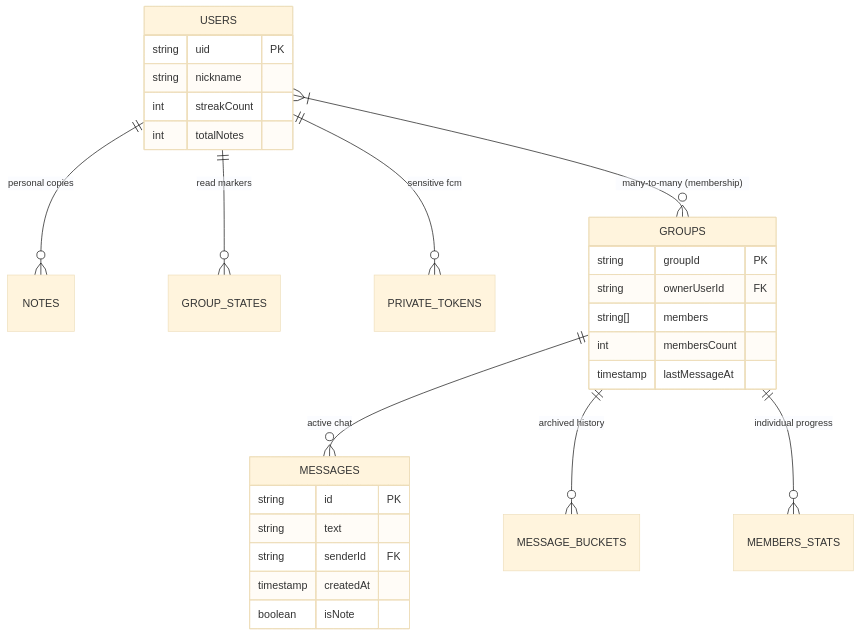
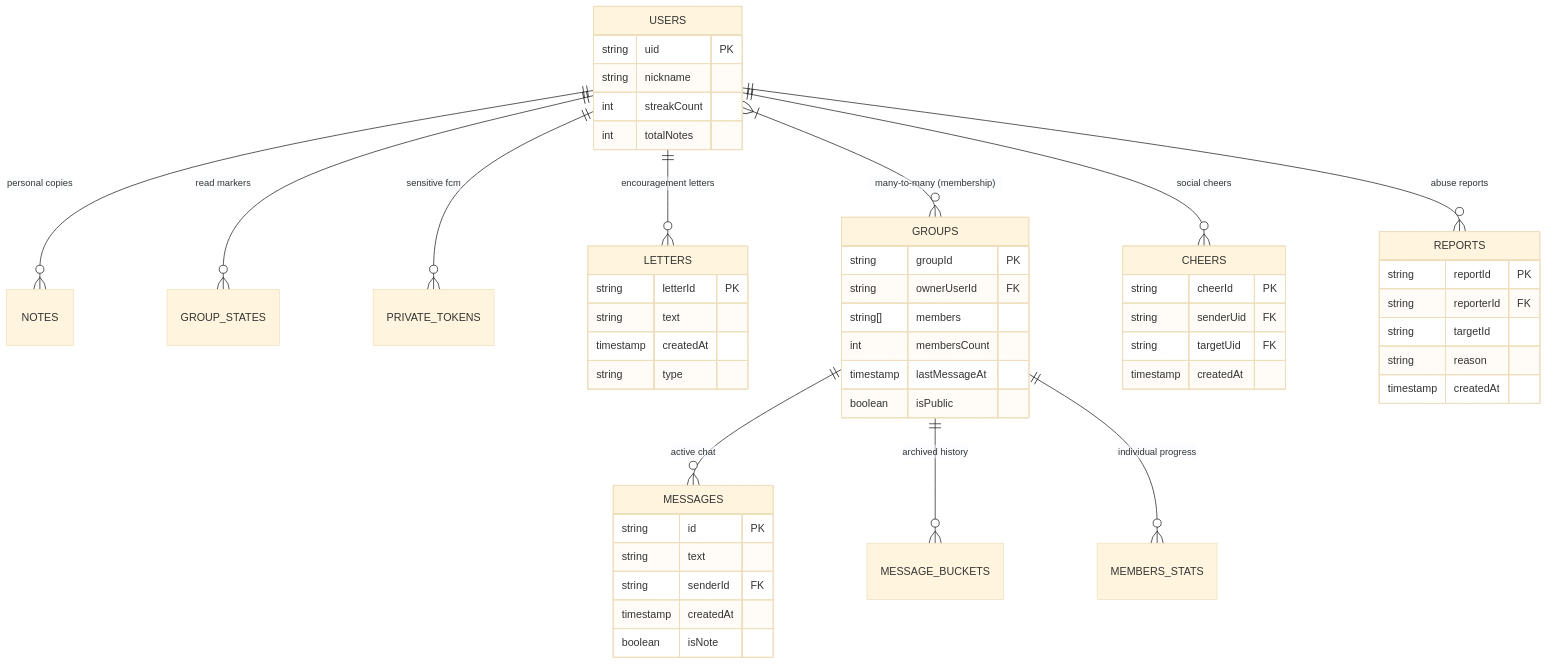
One commit to ScriptureHabit/scripture-habit changed the diagram in scripture-habit/docs/database-security.md. Above: the diagram before and after it, drawn with Mermaid (base theme). The commit also changed other lines of this file and 8 other files, not shown here.

````diff
--- a/scripture-habit/docs/database-security.md
+++ b/scripture-habit/docs/database-security.md
@@ -11,35 +11,62 @@
 ```mermaid
 erDiagram
     USERS ||--o{ NOTES : "personal copies"
     USERS ||--o{ GROUP_STATES : "read markers"
     USERS ||--o{ PRIVATE_TOKENS : "sensitive fcm"
+    USERS ||--o{ LETTERS : "encouragement letters"
     
     GROUPS ||--o{ MESSAGES : "active chat"
     GROUPS ||--o{ MESSAGE_BUCKETS : "archived history"
     GROUPS ||--o{ MEMBERS_STATS : "individual progress"
     
     USERS }|--o{ GROUPS : "many-to-many (membership)"
+    
+    USERS ||--o{ CHEERS : "social cheers"
+    USERS ||--o{ REPORTS : "abuse reports"
     
     USERS {
         string uid PK
         string nickname
         int streakCount
         int totalNotes
     }
     
     GROUPS {
         string groupId PK
         string ownerUserId FK
         string[] members
         int membersCount
         timestamp lastMessageAt
+        boolean isPublic
     }
     
     MESSAGES {
         string id PK
         string text
         string senderId FK
         timestamp createdAt
         boolean isNote
     }
+
+    LETTERS {
+        string letterId PK
+        string text
+        timestamp createdAt
+        string type
+    }
+    
+    CHEERS {
+        string cheerId PK
+        string senderUid FK
+        string targetUid FK
+        timestamp createdAt
+    }
+    
+    REPORTS {
+        string reportId PK
+        string reporterId FK
+        string targetId
+        string reason
+        timestamp createdAt
+    }
 ```
````
